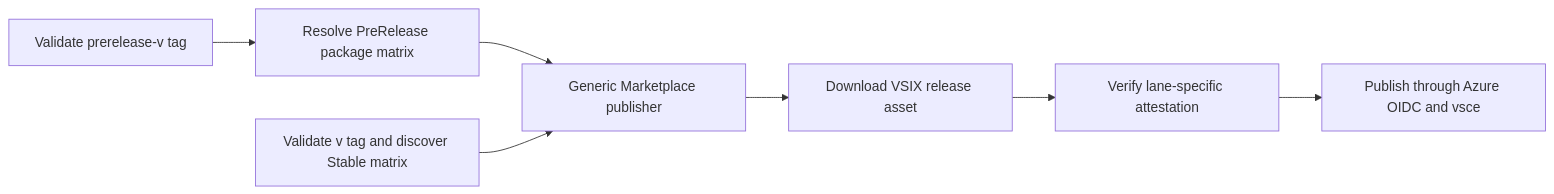
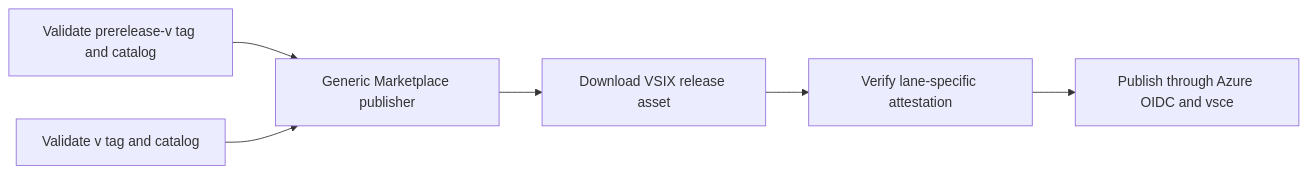
One commit to MohammedAlkindi/hve-core changed the third of 3 diagrams in docs/architecture/workflows.md. Above: the diagram before and after it, drawn with Mermaid. The commit also changed other lines of this file and 142 other files, not shown here.

````diff
--- a/docs/architecture/workflows.md
+++ b/docs/architecture/workflows.md
@@ -308,9 +302,10 @@
 ```mermaid
 flowchart LR
-    PRE[Validate prerelease-v tag] --> PRE_MATRIX[Resolve PreRelease package matrix]
-    PRE_MATRIX --> GENERIC[Generic Marketplace publisher]
-    STABLE[Validate v tag and discover Stable matrix] --> GENERIC
+    accTitle: Extension Marketplace publication flow
+    accDescr: PreRelease and Stable validate their exact release tags, then use one publisher to download the VSIX, verify its attestation, and publish through Azure OIDC and vsce.
+    PRE[Validate prerelease-v tag and catalog] --> GENERIC[Generic Marketplace publisher]
+    STABLE[Validate v tag and catalog] --> GENERIC
     GENERIC --> ASSET[Download VSIX release asset]
     ASSET --> VERIFY[Verify lane-specific attestation]
     VERIFY --> OIDC[Publish through Azure OIDC and vsce]
 ```
````
